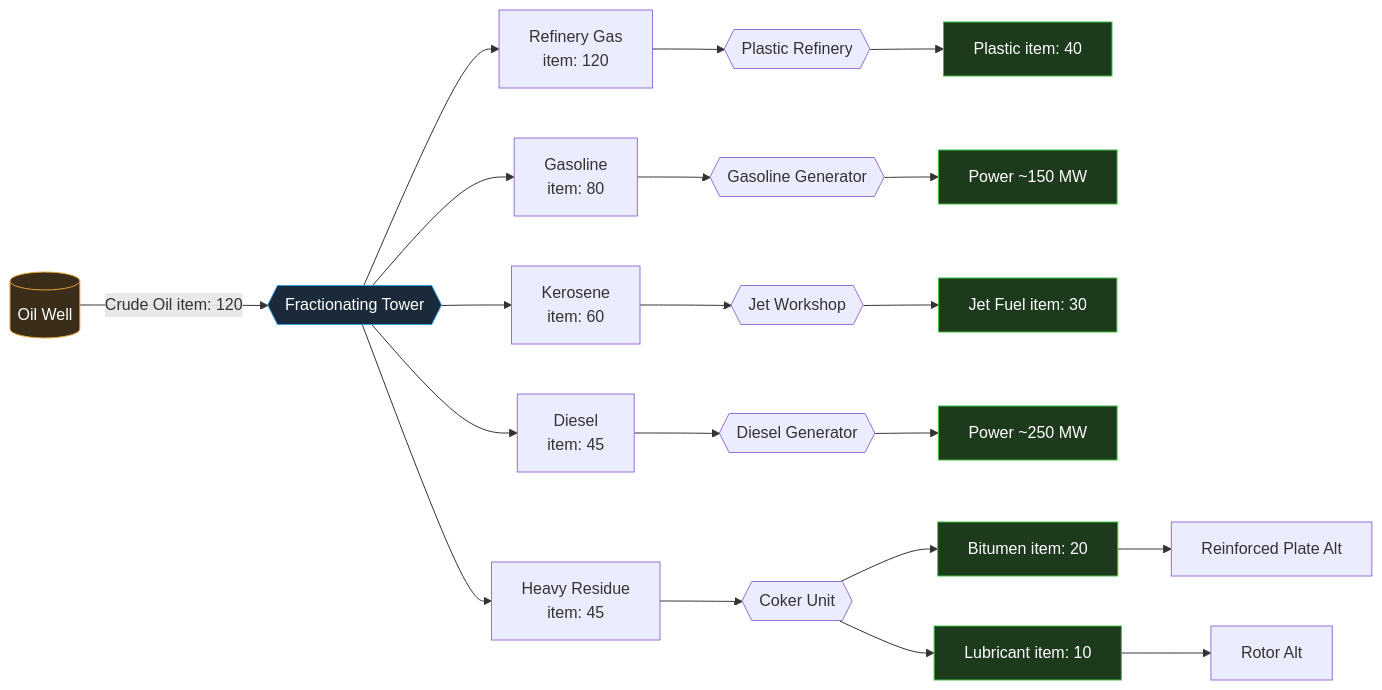
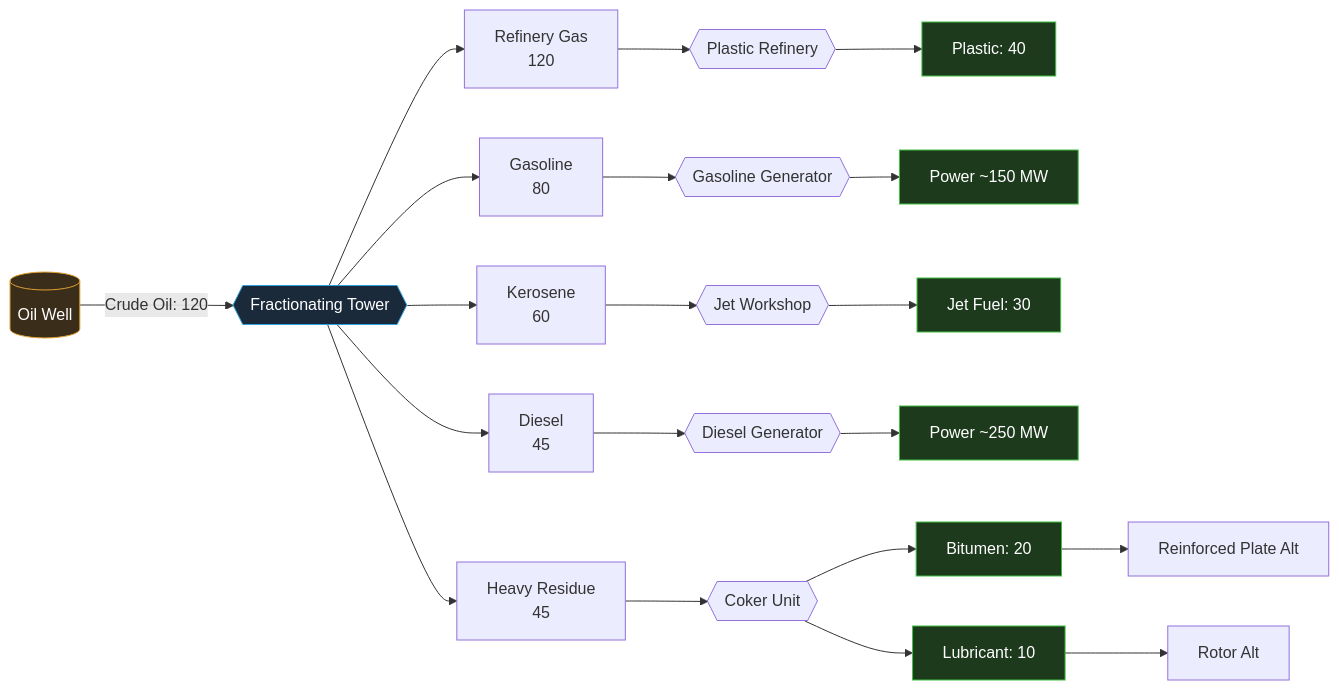
Before and after one commit to MelancholyRadiance/RazFractionalDistillation: the first of 2 diagrams in Docs_RazFractionalDistillation/Recipes/Recipe-Tree.md, drawn with Mermaid. The commit also changed other lines of this file and 1 other file, not shown here.

Commit message:
fix formatting

````diff
--- a/Docs_RazFractionalDistillation/Recipes/Recipe-Tree.md
+++ b/Docs_RazFractionalDistillation/Recipes/Recipe-Tree.md
@@ -20,31 +20,31 @@
 ```mermaid
 flowchart LR
     %% --- Raw input ---
-    WELL[(Oil Well)] -->|Crude Oil item: 120| FT{{Fractionating Tower}}
+    WELL[(Oil Well)] -->|Crude Oil: 120| FT{{Fractionating Tower}}
 
     %% --- Primary fractions, top of tower to bottom ---
-    FT --> RG[Refinery Gas<br/>item: 120]
-    FT --> GAS[Gasoline<br/>item: 80]
-    FT --> KER[Kerosene<br/>item: 60]
-    FT --> DSL[Diesel<br/>item: 45]
-    FT --> RES[Heavy Residue<br/>item: 45]
+    FT --> RG[Refinery Gas<br/>120]
+    FT --> GAS[Gasoline<br/>80]
+    FT --> KER[Kerosene<br/>60]
+    FT --> DSL[Diesel<br/>45]
+    FT --> RES[Heavy Residue<br/>45]
 
     %% --- Downstream chains ---
-    RG --> PREF{{Plastic Refinery}} --> PLAS[Plastic item: 40]
+    RG --> PREF{{Plastic Refinery}} --> PLAS[Plastic: 40]
     GAS --> GGEN{{Gasoline Generator}} --> PWR1[Power ~150 MW]
-    KER --> JET{{Jet Workshop}} --> JFUEL[Jet Fuel item: 30]
+    KER --> JET{{Jet Workshop}} --> JFUEL[Jet Fuel: 30]
     DSL --> DGEN{{Diesel Generator}} --> PWR2[Power ~250 MW]
     RES --> COKE{{Coker Unit}}
-    COKE --> BIT[Bitumen item: 20]
-    COKE --> LUBE[Lubricant item: 10]
+    COKE --> BIT[Bitumen: 20]
+    COKE --> LUBE[Lubricant: 10]
 
 	%% --- Helpful products ---
 	LUBE --> ROTORS[Rotor Alt]
 	BIT --> BONDEDPLATE[Reinforced Plate Alt]
 
     %% --- Styling ---
     style WELL fill:#3a2d1a,stroke:#e0a030,color:#fff
     style FT fill:#1a2a3a,stroke:#30a0e0,color:#fff
     classDef product fill:#1d3a1d,stroke:#40c040,color:#fff;
     class PLAS,JFUEL,BIT,LUBE,PWR1,PWR2 product;
 ```
````
